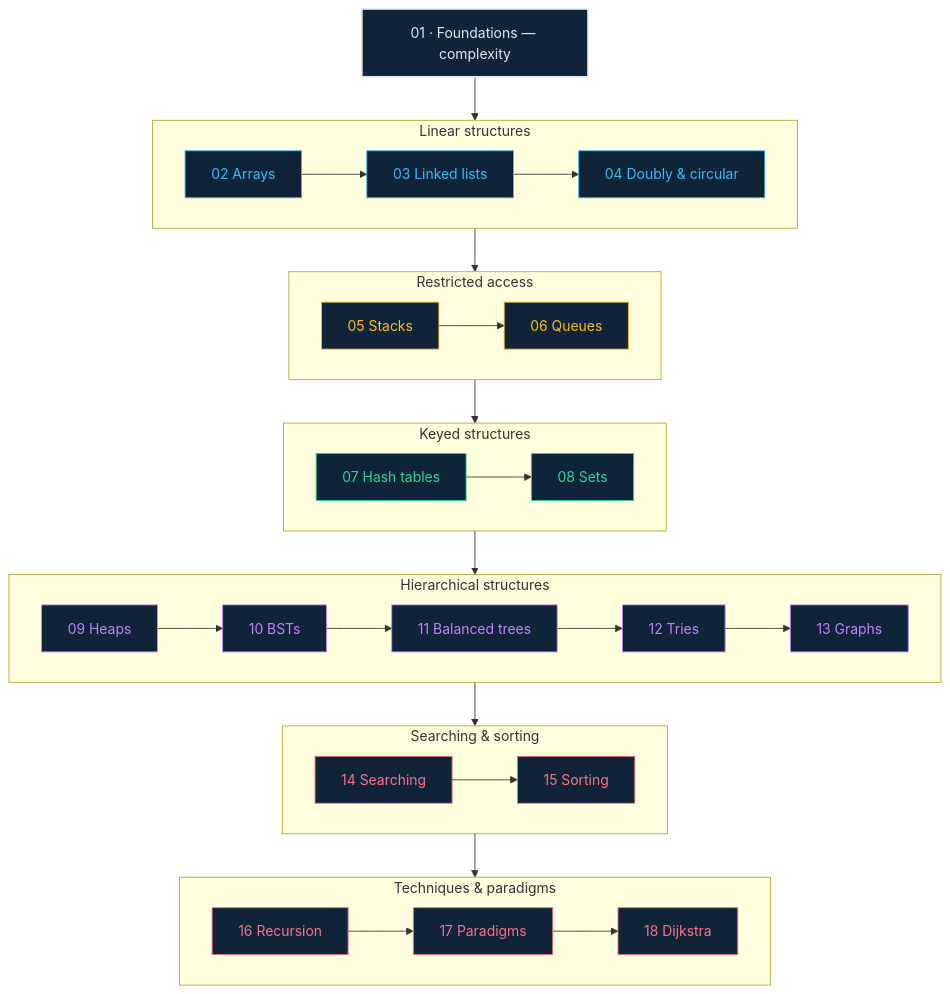
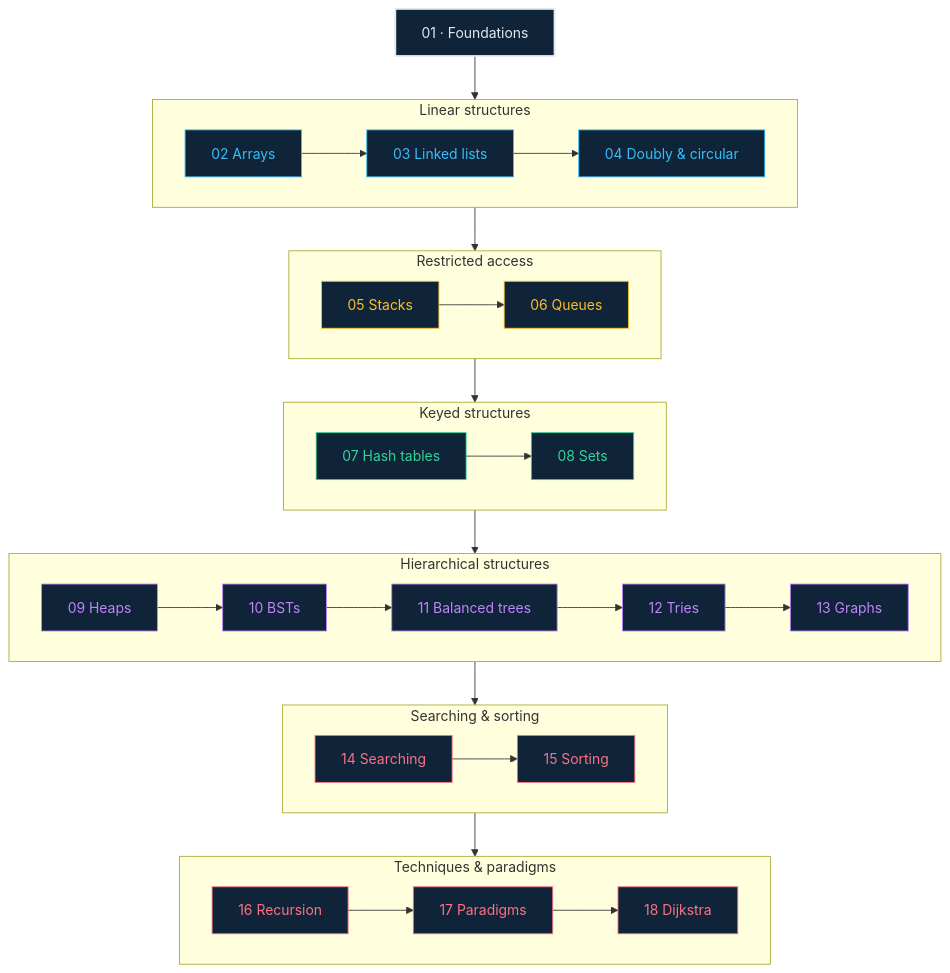
The diagram in README.md (rajeshgoyalg/Learn-Data-Structures-and-Algorithms-Visually), drawn with Mermaid before and after one commit. The commit also changed other lines of this file and 21 other files, not shown here.

First line of the commit message:
Shorten every mermaid label so diagrams cannot overflow and clip

````diff
--- a/README.md
+++ b/README.md
@@ -42,49 +42,49 @@
 ```mermaid
 flowchart TD
-  F["01 · Foundations — complexity"]
+  F["01 · Foundations"]
 
   subgraph LIN["Linear structures"]
     direction LR
     A["02 Arrays"] --> L["03 Linked lists"] --> V["04 Doubly & circular"]
   end
 
   subgraph RES["Restricted access"]
     direction LR
     S["05 Stacks"] --> Q["06 Queues"]
   end
 
   subgraph KEY["Keyed structures"]
     direction LR
     H["07 Hash tables"] --> E["08 Sets"]
   end
 
   subgraph HIER["Hierarchical structures"]
     direction LR
     P["09 Heaps"] --> B["10 BSTs"] --> T["11 Balanced trees"] --> R["12 Tries"] --> G["13 Graphs"]
   end
 
   subgraph ALGO["Searching & sorting"]
     direction LR
     SE["14 Searching"] --> SO["15 Sorting"]
   end
 
   subgraph TECH["Techniques & paradigms"]
     direction LR
     RE["16 Recursion"] --> PA["17 Paradigms"] --> DJ["18 Dijkstra"]
   end
 
   F --> LIN --> RES --> KEY --> HIER --> ALGO --> TECH
 
   classDef found fill:#0f2438,stroke:#e2e8f0,stroke-width:2px,color:#e2e8f0
   classDef lin fill:#0f2438,stroke:#38bdf8,color:#38bdf8
   classDef res fill:#0f2438,stroke:#fbbf24,color:#fbbf24
   classDef key fill:#0f2438,stroke:#34d399,color:#34d399
   classDef hier fill:#0f2438,stroke:#c084fc,color:#c084fc
   classDef algo fill:#0f2438,stroke:#fb7185,color:#fb7185
   class F found
   class A,L,V lin
   class S,Q res
   class H,E key
   class P,B,T,R,G hier
   class SE,SO,RE,PA,DJ algo
 ```
````
